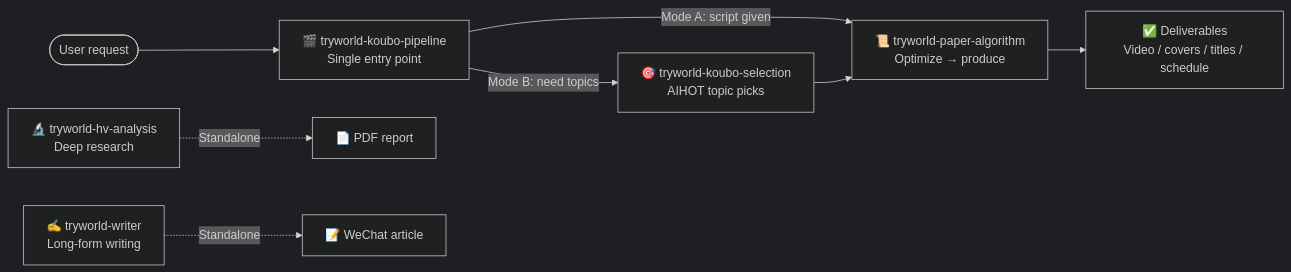
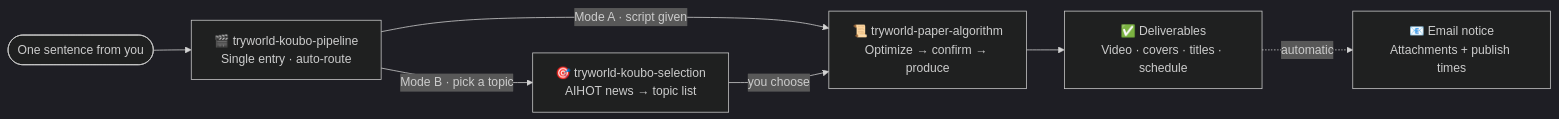
One commit to TryWorld2026/paper-algorithm changed the diagram in README.md. Above: the diagram before and after it, drawn with Mermaid (dark theme). The commit also changed other lines of this file and 2 other files, not shown here.

````diff
--- a/README.md
+++ b/README.md
@@ -42,10 +37,9 @@
 ```mermaid
 flowchart LR
-    U(["User request"]) --> P["🎬 tryworld-koubo-pipeline<br/>Single entry point"]
-    P -- "Mode A: script given" --> A["📜 tryworld-paper-algorithm<br/>Optimize → produce"]
-    P -- "Mode B: need topics" --> S["🎯 tryworld-koubo-selection<br/>AIHOT topic picks"]
-    S --> A
-    A --> O["✅ Deliverables<br/>Video / covers / titles / schedule"]
-    H["🔬 tryworld-hv-analysis<br/>Deep research"] -. "Standalone" .-> R["📄 PDF report"]
-    W["✍️ tryworld-writer<br/>Long-form writing"] -. "Standalone" .-> C["📝 WeChat article"]
+    U(["One sentence from you"]) --> P["🎬 tryworld-koubo-pipeline<br/>Single entry · auto-route"]
+    P -- "Mode A · script given" --> A["📜 tryworld-paper-algorithm<br/>Optimize → confirm → produce"]
+    P -- "Mode B · pick a topic" --> S["🎯 tryworld-koubo-selection<br/>AIHOT news → topic list"]
+    S -- "you choose" --> A
+    A --> O["✅ Deliverables<br/>Video · covers · titles · schedule"]
+    O -. "automatic" .-> M["📧 Email notice<br/>Attachments + publish times"]
 ```
````
